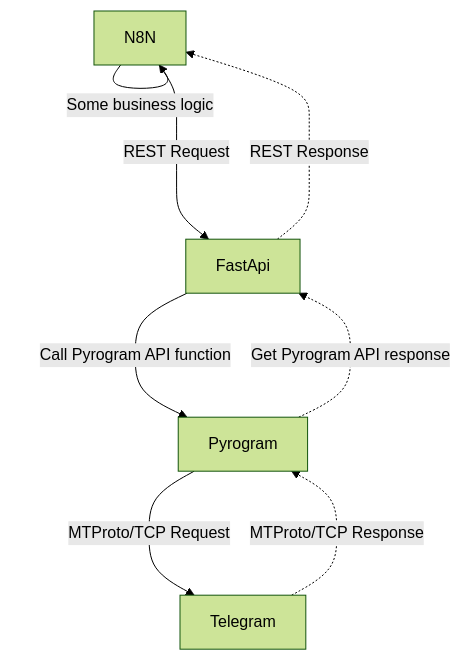
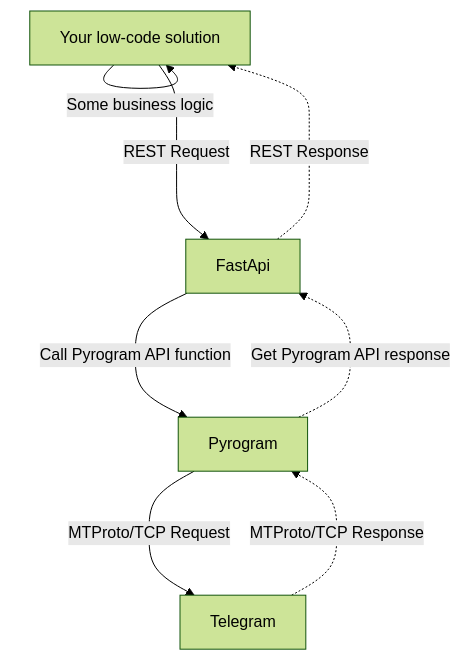
The diagram in README.md (d8rt8v/FastAPI-userbot), drawn with Mermaid (forest theme) before and after one commit.

````diff
--- a/README.md
+++ b/README.md
@@ -4,10 +4,10 @@
 ```mermaid
 flowchart TD
-    N[N8N] -->|Some business logic| N[N8N]
+    N[Your low-code solution] -->|Some business logic| N
     N -->|REST Request| F[FastApi]
     F[FastApi] -. REST Response ...-> N
     F --> |Call Pyrogram API function| P[Pyrogram]
     P -. Get  Pyrogram API response ..-> F
     P --> |MTProto/TCP Request| T[Telegram]
     T -. MTProto/TCP Response ..-> P
 ```
````
